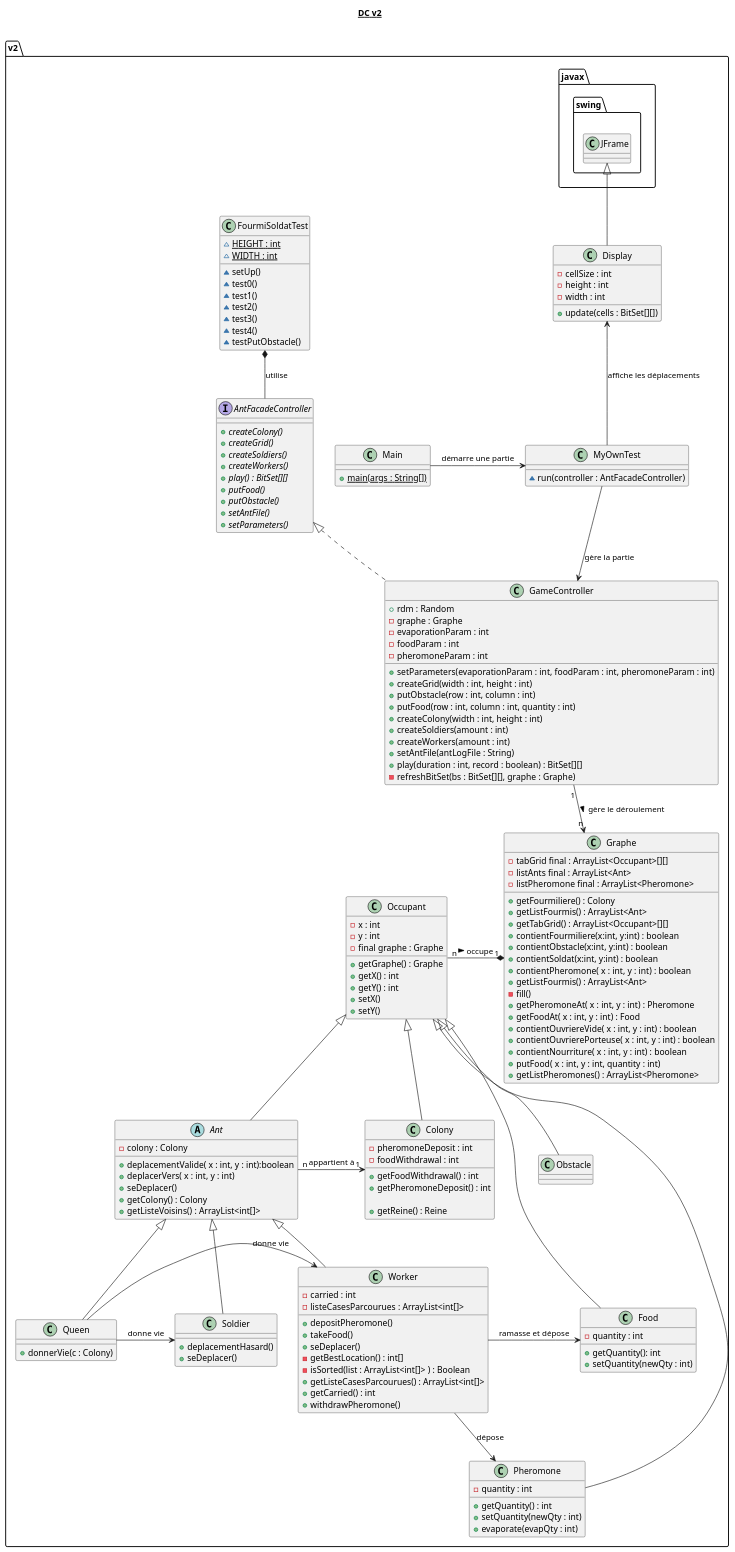
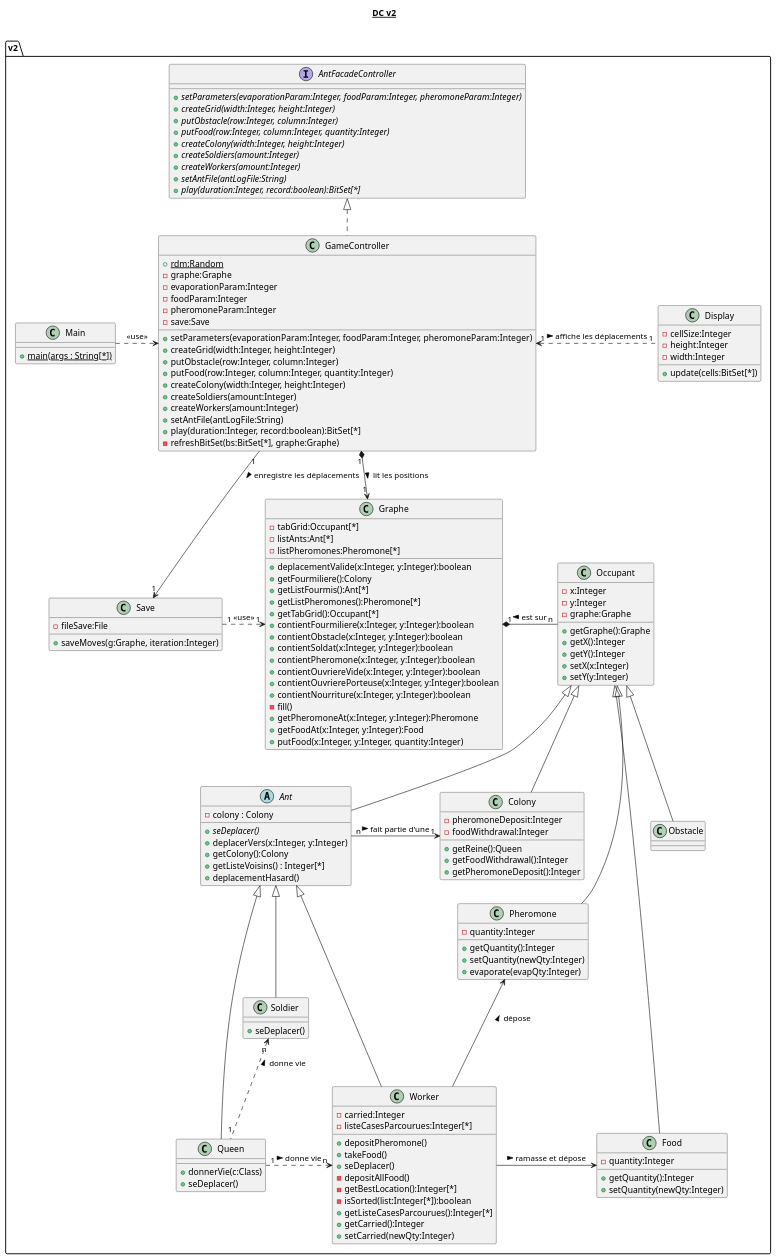
One commit to BaptisteWetterwald/dut-fourmis changed the diagram in src/main/uml/v2/DCc_V2.puml. Above: the diagram before and after it, drawn with PlantUML. The commit also changed 4 other files, not shown here.

```diff
--- a/src/main/uml/v2/DCc_V2.puml
+++ b/src/main/uml/v2/DCc_V2.puml
@@ -1,193 +1,182 @@
 @startuml
 
 title __DC v2__\n
 
 namespace v2 {
 
     abstract class Ant extends Occupant
     {
         - colony : Colony
 
-        + deplacementValide( x : int, y : int):boolean
-        + deplacerVers( x : int, y : int)
-        + seDeplacer()
-        + getColony() : Colony
-        + getListeVoisins() : ArrayList<int[]>
-
+        {abstract} + seDeplacer()
+        + deplacerVers(x:Integer, y:Integer)
+        + getColony():Colony
+        + getListeVoisins() : Integer[*]
+        + deplacementHasard()
     }
 
     interface AntFacadeController
     {
-        {abstract} + createColony()
-        {abstract} + createGrid()
-        {abstract} + createSoldiers()
-        {abstract} + createWorkers()
-        {abstract} + play() : BitSet[][]
-        {abstract} + putFood()
-        {abstract} + putObstacle()
-        {abstract} + setAntFile()
-        {abstract} + setParameters()
+        {abstract} + setParameters(evaporationParam:Integer, foodParam:Integer, pheromoneParam:Integer)
+        {abstract} + createGrid(width:Integer, height:Integer)
+        {abstract} + putObstacle(row:Integer, column:Integer)
+        {abstract} + putFood(row:Integer, column:Integer, quantity:Integer)
+        {abstract} + createColony(width:Integer, height:Integer)
+        {abstract} + createSoldiers(amount:Integer)
+        {abstract} + createWorkers(amount:Integer)
+        {abstract} + setAntFile(antLogFile:String)
+        {abstract} + play(duration:Integer, record:boolean):BitSet[*]
     }
 
     class Colony extends Occupant
     {
-        - pheromoneDeposit : int
-        - foodWithdrawal : int
+        - pheromoneDeposit:Integer
+        - foodWithdrawal:Integer
 
-        + getFoodWithdrawal() : int
-        + getPheromoneDeposit() : int
-
-        + getReine() : Reine
+        + getReine():Queen
+        + getFoodWithdrawal():Integer
+        + getPheromoneDeposit():Integer
     }
 
 
-    class Display extends javax.swing.JFrame
+    class Display
     {
-        - cellSize : int
-        - height : int
-        - width : int
+        - cellSize:Integer
+        - height:Integer
+        - width:Integer
 
-        + update(cells : BitSet[][])
+        + update(cells:BitSet[*])
     }
 
     class Food extends Occupant
     {
-        - quantity : int
+        - quantity:Integer
 
-        + getQuantity(): int
-        + setQuantity(newQty : int)
-    }
-
-    class FourmiSoldatTest
-    {
-        {static} ~ HEIGHT : int
-        {static} ~ WIDTH : int
-        ~ setUp()
-        ~ test0()
-        ~ test1()
-        ~ test2()
-        ~ test3()
-        ~ test4()
-        ~ testPutObstacle()
+        + getQuantity():Integer
+        + setQuantity(newQty:Integer)
     }
 
     class GameController implements AntFacadeController
     {
-        + rdm : Random
-        - graphe : Graphe
-        - evaporationParam : int
-        - foodParam : int
-        - pheromoneParam : int
+        {static} + rdm:Random
+        - graphe:Graphe
+        - evaporationParam:Integer
+        - foodParam:Integer
+        - pheromoneParam:Integer
+        - save:Save
 
-        + setParameters(evaporationParam : int, foodParam : int, pheromoneParam : int)
-        + createGrid(width : int, height : int)
-        + putObstacle(row : int, column : int)
-        + putFood(row : int, column : int, quantity : int)
-        + createColony(width : int, height : int)
-        + createSoldiers(amount : int)
-        + createWorkers(amount : int)
-        + setAntFile(antLogFile : String)
-        + play(duration : int, record : boolean) : BitSet[][]
-        - refreshBitSet(bs : BitSet[][], graphe : Graphe)
+        + setParameters(evaporationParam:Integer, foodParam:Integer, pheromoneParam:Integer)
+        + createGrid(width:Integer, height:Integer)
+        + putObstacle(row:Integer, column:Integer)
+        + putFood(row:Integer, column:Integer, quantity:Integer)
+        + createColony(width:Integer, height:Integer)
+        + createSoldiers(amount:Integer)
+        + createWorkers(amount:Integer)
+        + setAntFile(antLogFile:String)
+        + play(duration:Integer, record:boolean):BitSet[*]
+        - refreshBitSet(bs:BitSet[*], graphe:Graphe)
     }
 
     class Graphe
     {
-        - tabGrid final : ArrayList<Occupant>[][]
-        - listAnts final : ArrayList<Ant>
-        - listPheromone final : ArrayList<Pheromone>
+        - tabGrid:Occupant[*]
+        - listAnts:Ant[*]
+        - listPheromones:Pheromone[*]
 
-        + getFourmiliere() : Colony
-        + getListFourmis() : ArrayList<Ant>
-        + getTabGrid() : ArrayList<Occupant>[][]
-        + contientFourmiliere(x:int, y:int) : boolean
-        + contientObstacle(x:int, y:int) : boolean
-        + contientSoldat(x:int, y:int) : boolean
-        + contientPheromone( x : int, y : int) : boolean
-        + getListFourmis() : ArrayList<Ant>
+        + deplacementValide(x:Integer, y:Integer):boolean
+        + getFourmiliere():Colony
+        + getListFourmis():Ant[*]
+        + getListPheromones():Pheromone[*]
+        + getTabGrid():Occupant[*]
+        + contientFourmiliere(x:Integer, y:Integer):boolean
+        + contientObstacle(x:Integer, y:Integer):boolean
+        + contientSoldat(x:Integer, y:Integer):boolean
+        + contientPheromone(x:Integer, y:Integer):boolean
+        + contientOuvriereVide(x:Integer, y:Integer):boolean
+        + contientOuvrierePorteuse(x:Integer, y:Integer):boolean
+        + contientNourriture(x:Integer, y:Integer):boolean
         - fill()
-        + getPheromoneAt( x : int, y : int) : Pheromone
-        + getFoodAt( x : int, y : int) : Food
-        + contientOuvriereVide( x : int, y : int) : boolean
-        + contientOuvrierePorteuse( x : int, y : int) : boolean
-        + contientNourriture( x : int, y : int) : boolean
-        + putFood( x : int, y : int, quantity : int)
-        + getListPheromones() : ArrayList<Pheromone>
+        + getPheromoneAt(x:Integer, y:Integer):Pheromone
+        + getFoodAt(x:Integer, y:Integer):Food
+        + putFood(x:Integer, y:Integer, quantity:Integer)
     }
 
     class Main
     {
-        {static} + main(args : String[])
-    }
-
-    class MyOwnTest
-    {
-        ~ run(controller : AntFacadeController)
+        {static} + main(args : String[*])
     }
 
     class Obstacle extends Occupant
     {
 
     }
 
     class Occupant
     {
-        - x : int
-        - y : int
-        - final graphe : Graphe
+        - x:Integer
+        - y:Integer
+        - graphe:Graphe
 
-        + getGraphe() : Graphe
-        + getX() : int
-        + getY() : int
-        + setX()
-        + setY()
+        + getGraphe():Graphe
+        + getX():Integer
+        + getY():Integer
+        + setX(x:Integer)
+        + setY(y:Integer)
     }
 
     class Pheromone extends Occupant
     {
-        - quantity : int
+        - quantity:Integer
 
-        + getQuantity() : int
-        + setQuantity(newQty : int)
-        + evaporate(evapQty : int)
+        + getQuantity():Integer
+        + setQuantity(newQty:Integer)
+        + evaporate(evapQty:Integer)
 
     }
     class Queen extends Ant
     {
-        + donnerVie(c : Colony)
+        + donnerVie(c:Class)
+        + seDeplacer()
+    }
+
+    class Save
+    {
+        - fileSave:File
+
+        + saveMoves(g:Graphe, iteration:Integer)
     }
 
     class Soldier extends Ant
     {
-        + deplacementHasard()
         + seDeplacer()
     }
 
     class Worker extends Ant
     {
-        - carried : int
-        - listeCasesParcourues : ArrayList<int[]>
+        - carried:Integer
+        - listeCasesParcourues:Integer[*]
 
         + depositPheromone()
         + takeFood()
         + seDeplacer()
-        - getBestLocation() : int[]
-        - isSorted(list : ArrayList<int[]> ) : Boolean
-        + getListeCasesParcourues() : ArrayList<int[]>
-        + getCarried() : int
-        + withdrawPheromone()
+        - depositAllFood()
+        - getBestLocation():Integer[*]
+        - isSorted(list:Integer[*]):boolean
+        + getListeCasesParcourues():Integer[*]
+        + getCarried():Integer
+        + setCarried(newQty:Integer)
    }
 
-    Main -> MyOwnTest : démarre une partie
-    MyOwnTest -up-> Display : affiche les déplacements
-    MyOwnTest --> GameController : gère la partie
-    FourmiSoldatTest *-- AntFacadeController : utilise
-    GameController "1" --> "n" Graphe : gère le déroulement >
-    Occupant "n" -* "1" Graphe : occupe >
-    Ant "n" -> "1" Colony : appartient à
-    Worker -> Food : ramasse et dépose
-    Worker --> Pheromone : dépose
-    Queen -> Soldier : donne vie
-    Queen -> Worker : donne vie
+    Main .> GameController : <<use>>
+    GameController "1" *-> "1" Graphe : lit les positions >
+    Graphe "1" *- "n" Occupant : est sur <
+    Ant "n" -> "1" Colony : fait partie d'une >
+    Queen "1" .up.> "n" Soldier : donne vie >
+    Queen "1" .> "n" Worker : donne vie >
+    Worker -> Food : ramasse et dépose >
+    Worker -up-> Pheromone : dépose >
+    GameController "1" <. "1" Display : affiche les déplacements >
+    GameController "1" --> "1" Save : enregistre les déplacements >
+    Save "1" .> "1" Graphe : <<use>>
 }
 @enduml
```
